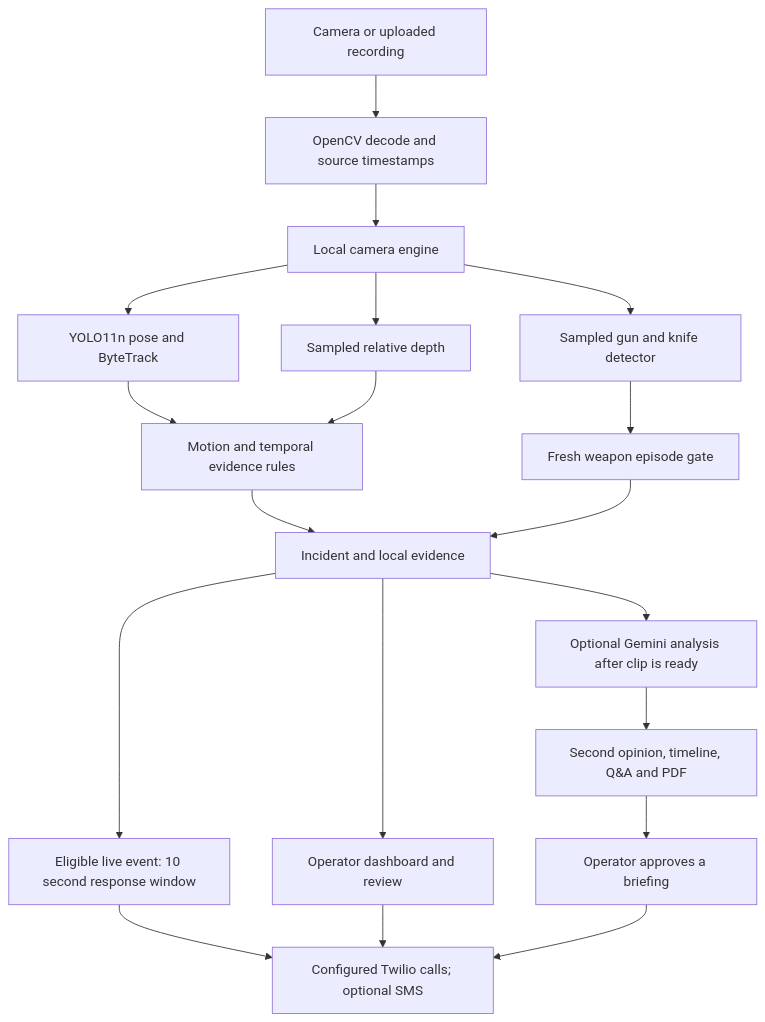
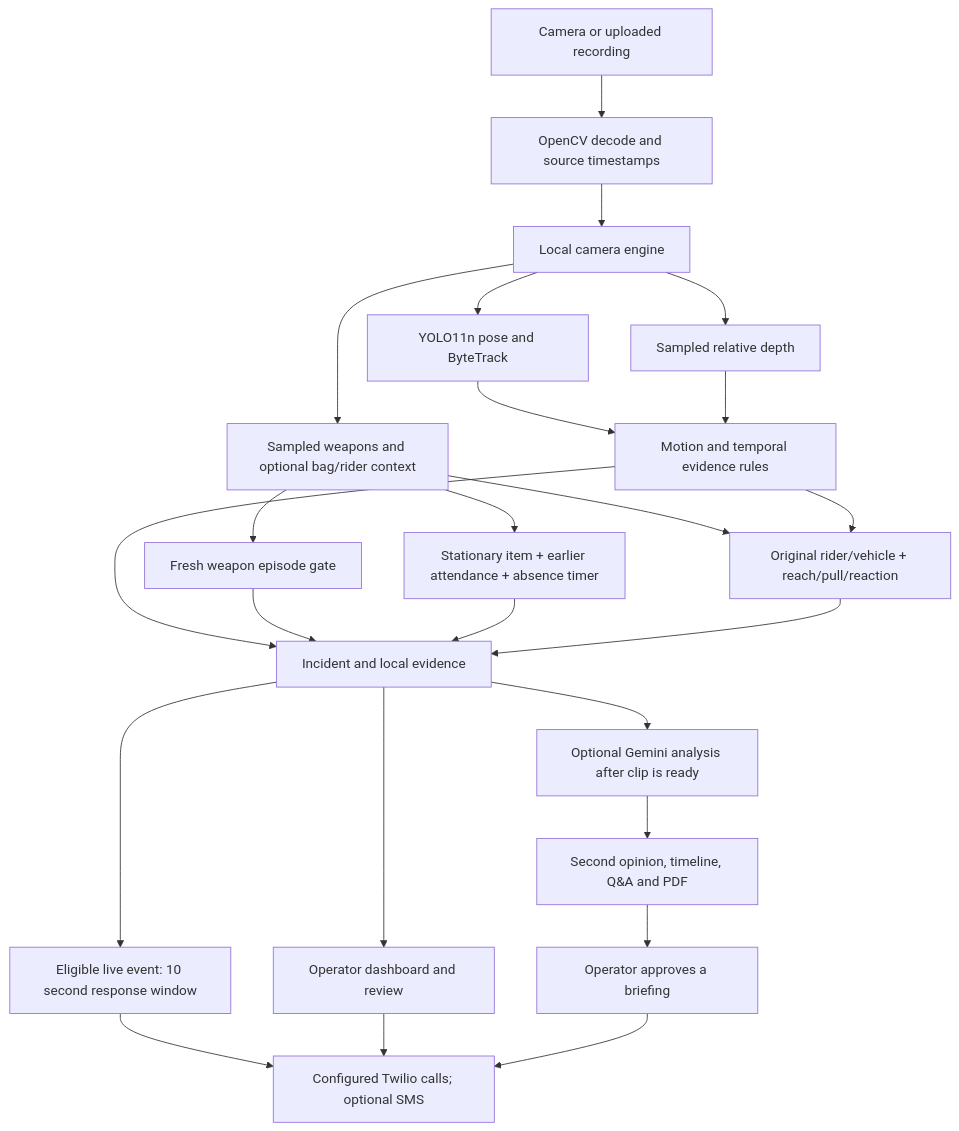
One commit to 00surya/VDMA changed the diagram in README.md. Above: the diagram before and after it, drawn with Mermaid. The commit also changed other lines of this file and 48 other files, not shown here.

````diff
--- a/README.md
+++ b/README.md
@@ -76,21 +109,26 @@
 ```mermaid
 flowchart TD
     A[Camera or uploaded recording] --> B[OpenCV decode and source timestamps]
     B --> C[Local camera engine]
     C --> D[YOLO11n pose and ByteTrack]
     C --> E[Sampled relative depth]
-    C --> F[Sampled gun and knife detector]
+    C --> F[Sampled weapons and optional bag/rider context]
     D --> G[Motion and temporal evidence rules]
     E --> G
     F --> H[Fresh weapon episode gate]
+    F --> P[Stationary item + earlier attendance + absence timer]
+    F --> R[Original rider/vehicle + reach/pull/reaction]
+    G --> R
     G --> I[Incident and local evidence]
     H --> I
+    P --> I
+    R --> I
     I --> J[Operator dashboard and review]
     I --> K[Eligible live event: 10 second response window]
     K --> L[Configured Twilio calls; optional SMS]
     J --> L
     I --> M[Optional Gemini analysis after clip is ready]
     M --> N[Second opinion, timeline, Q&A and PDF]
     N --> O[Operator approves a briefing]
     O --> L
 ```
````
